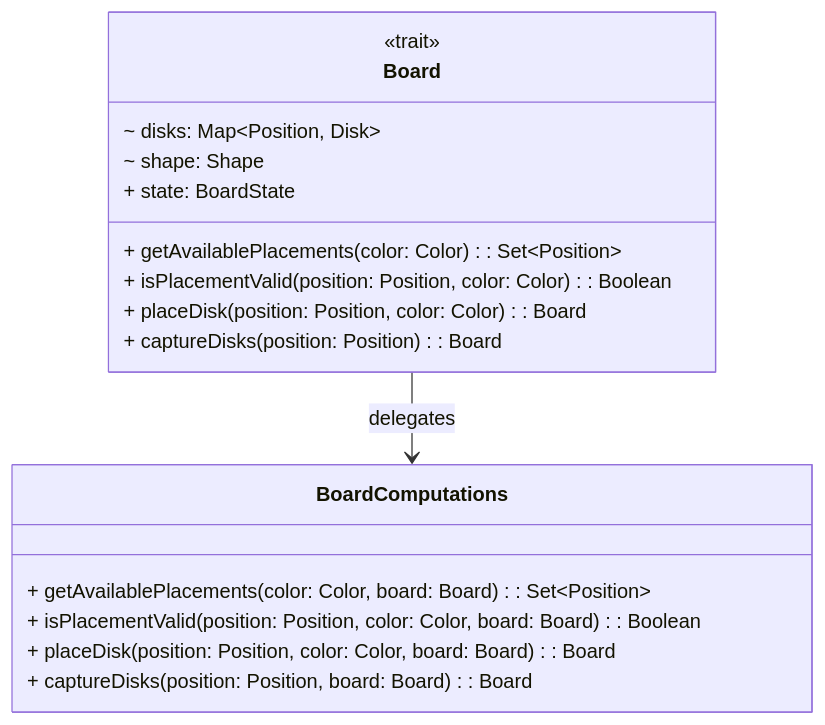
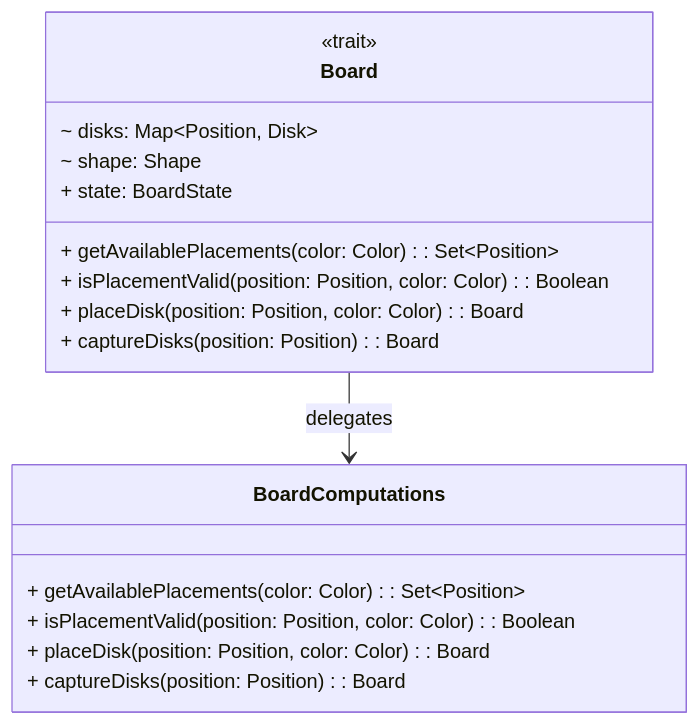
One commit to Borgotto/PPS-25-scalatello changed the ninth of 11 diagrams in docs/report/5-detailed-design.md. Above: the diagram before and after it, drawn with Mermaid. The commit also changed other lines of this file, not shown here.

Commit message:
Refactor BoardComputations design

````diff
--- a/docs/report/5-detailed-design.md
+++ b/docs/report/5-detailed-design.md
@@ -202,20 +202,20 @@
 ```mermaid
 classDiagram
   class Board {
     <<trait>>
     ~ disks: Map~Position, Disk~
     ~ shape: Shape
     + state: BoardState
     + getAvailablePlacements(color: Color): Set~Position~
     + isPlacementValid(position: Position, color: Color): Boolean
     + placeDisk(position: Position, color: Color): Board
     + captureDisks(position: Position): Board
   }
   class BoardComputations {
-    + getAvailablePlacements(color: Color, board: Board): Set~Position~
-    + isPlacementValid(position: Position, color: Color, board: Board): Boolean
-    + placeDisk(position: Position, color: Color, board: Board): Board
-    + captureDisks(position: Position, board: Board): Board
+    + getAvailablePlacements(color: Color): Set~Position~
+    + isPlacementValid(position: Position, color: Color): Boolean
+    + placeDisk(position: Position, color: Color): Board
+    + captureDisks(position: Position): Board
   }
   Board --> BoardComputations: delegates
 ```
````
